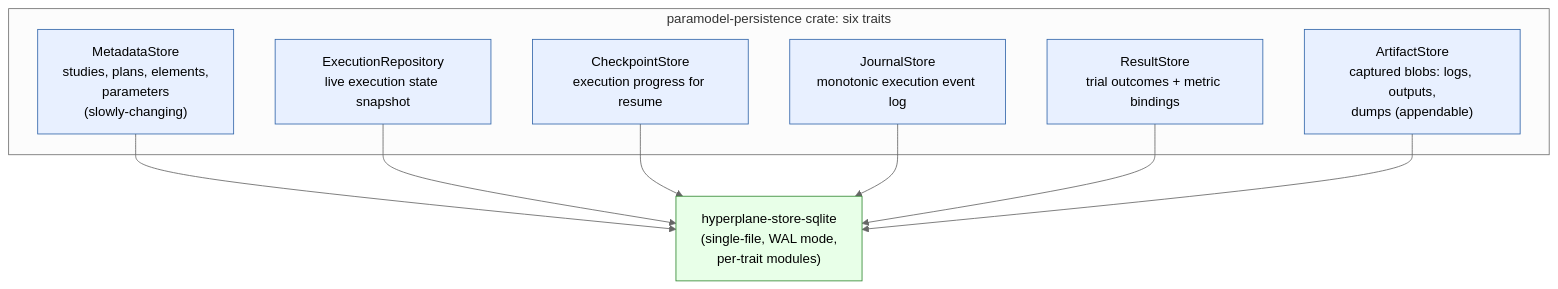
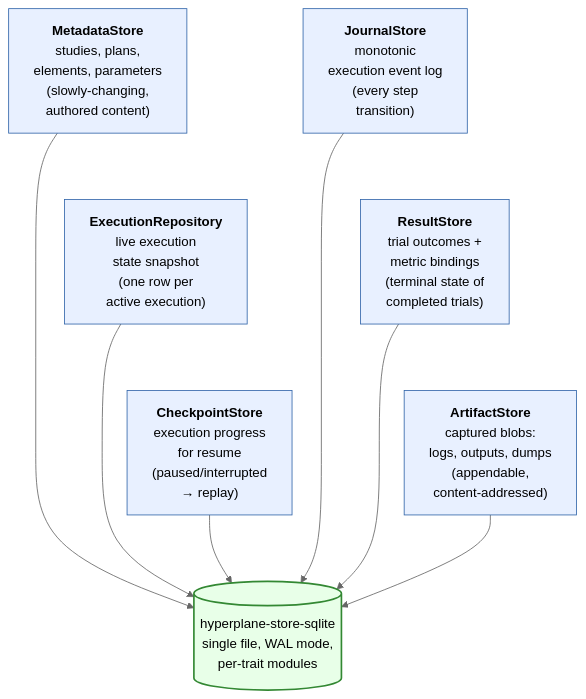
Before and after one commit to nosqlbench/hyperplane-rs: the diagram in docs/design/diagrams/SRD-0012/persistence-traits.mmd, drawn with Mermaid (neutral theme). The commit also changed 32 other files, not shown here.

```diff
--- a/docs/design/diagrams/SRD-0012/persistence-traits.mmd
+++ b/docs/design/diagrams/SRD-0012/persistence-traits.mmd
@@ -1,24 +1,27 @@
 %% Copyright (c) Jonathan Shook
 %% SPDX-License-Identifier: Apache-2.0
+%%{init: {'flowchart': {'nodeSpacing': 40, 'rankSpacing': 80}}}%%
 flowchart TB
-    subgraph Traits ["paramodel-persistence crate: six traits"]
-        MS["MetadataStore<br/>studies, plans, elements,<br/>parameters<br/>(slowly-changing)"]
-        ER["ExecutionRepository<br/>live execution state snapshot"]
-        CS["CheckpointStore<br/>execution progress for resume"]
-        JS["JournalStore<br/>monotonic execution event log"]
-        RS["ResultStore<br/>trial outcomes + metric bindings"]
-        AS["ArtifactStore<br/>captured blobs: logs, outputs,<br/>dumps (appendable)"]
-    end
+    MS["<b>MetadataStore</b><br/>studies, plans,<br/>elements, parameters<br/>(slowly-changing,<br/>authored content)"]
+    ER["<b>ExecutionRepository</b><br/>live execution<br/>state snapshot<br/>(one row per<br/>active execution)"]
+    CS["<b>CheckpointStore</b><br/>execution progress<br/>for resume<br/>(paused/interrupted<br/>→ replay)"]
+    JS["<b>JournalStore</b><br/>monotonic<br/>execution event log<br/>(every step<br/>transition)"]
+    RS["<b>ResultStore</b><br/>trial outcomes +<br/>metric bindings<br/>(terminal state of<br/>completed trials)"]
+    AS["<b>ArtifactStore</b><br/>captured blobs:<br/>logs, outputs, dumps<br/>(appendable,<br/>content-addressed)"]
 
-    Impl["hyperplane-store-sqlite<br/>(single-file, WAL mode,<br/>per-trait modules)"]
+    MS ~~~ ER ~~~ CS
+    JS ~~~ RS ~~~ AS
+
+    Impl[("hyperplane-store-sqlite<br/>single file, WAL mode,<br/>per-trait modules")]
+
     MS --> Impl
     ER --> Impl
     CS --> Impl
     JS --> Impl
     RS --> Impl
     AS --> Impl
 
     classDef trait fill:#e8f0ff,stroke:#3366aa
-    classDef impl fill:#e8ffe8,stroke:#338833
+    classDef impl fill:#e8ffe8,stroke:#338833,stroke-width:2px
     class MS,ER,CS,JS,RS,AS trait
     class Impl impl
```
